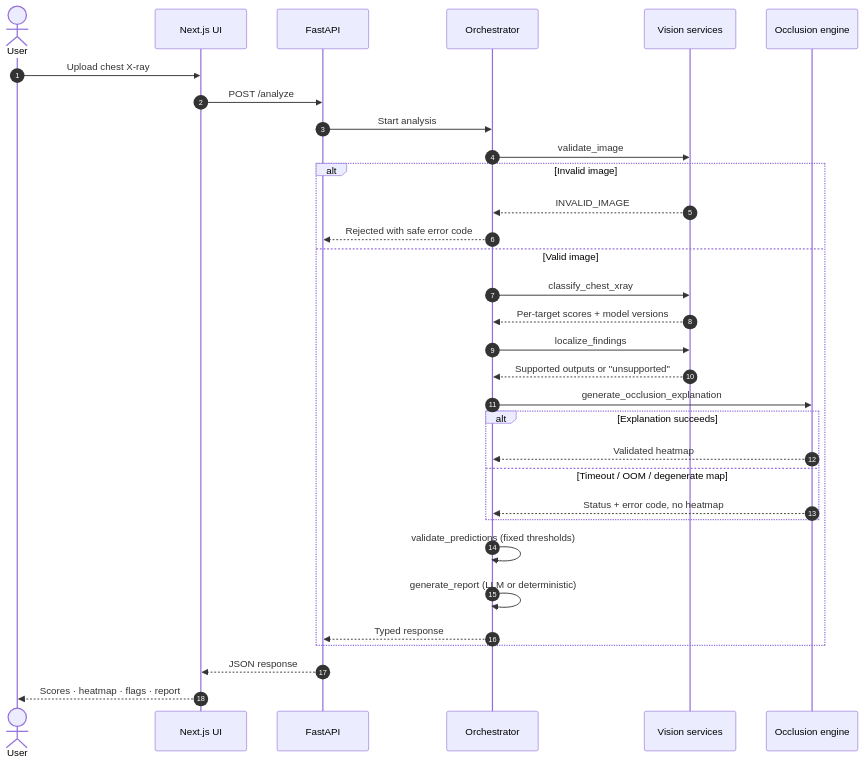
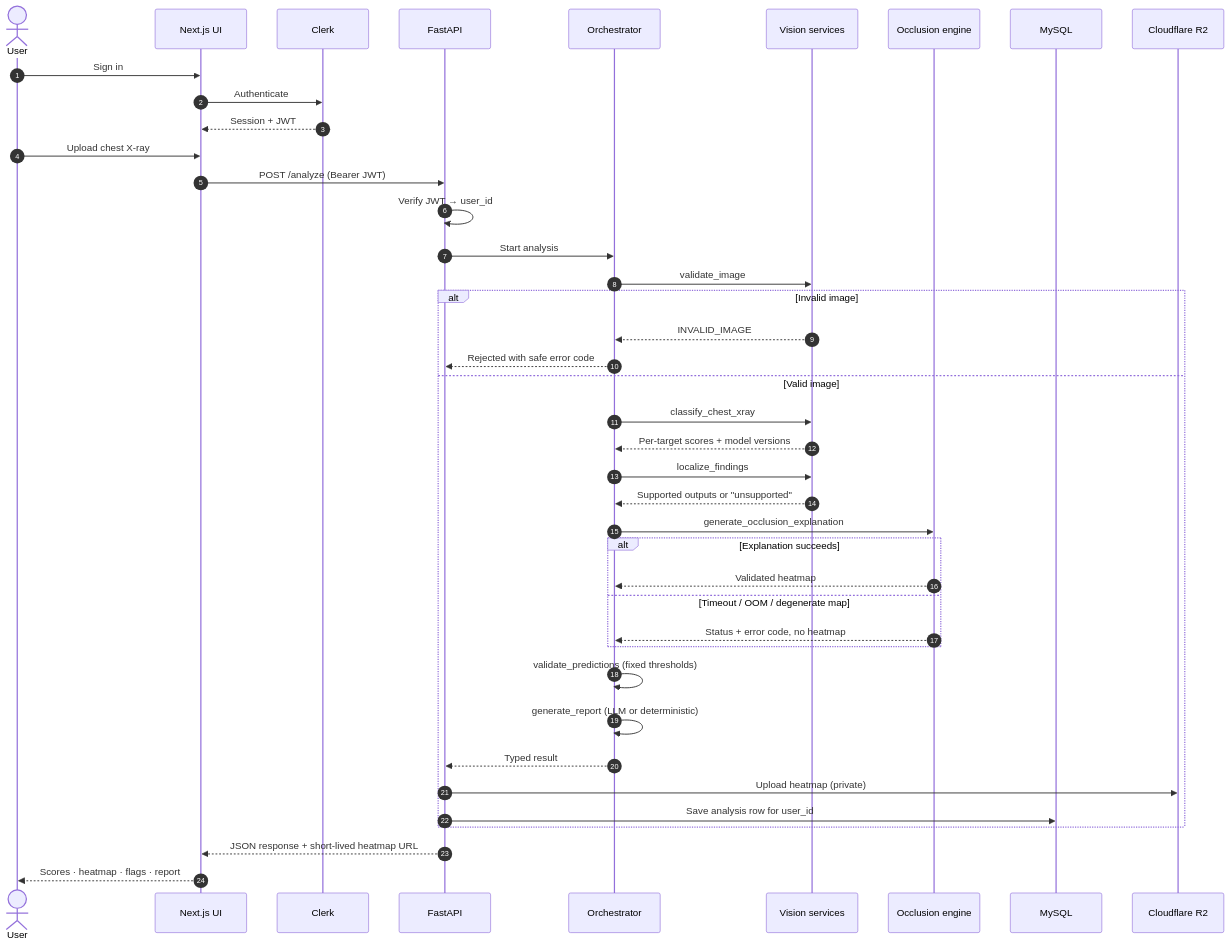
Before and after one commit to Fy1zN/pneumyst-ai: the second of 4 diagrams in README.md, drawn with Mermaid. The commit also changed other lines of this file, not shown here.

````diff
--- a/README.md
+++ b/README.md
@@ -126,35 +144,44 @@
 ```mermaid
 sequenceDiagram
     autonumber
     actor User
     participant UI as Next.js UI
+    participant Clerk
     participant API as FastAPI
     participant Agent as Orchestrator
     participant CV as Vision services
     participant XAI as Occlusion engine
+    participant DB as MySQL
+    participant R2 as Cloudflare R2
 
+    User->>UI: Sign in
+    UI->>Clerk: Authenticate
+    Clerk-->>UI: Session + JWT
     User->>UI: Upload chest X-ray
-    UI->>API: POST /analyze
+    UI->>API: POST /analyze (Bearer JWT)
+    API->>API: Verify JWT → user_id
     API->>Agent: Start analysis
     Agent->>CV: validate_image
     alt Invalid image
         CV-->>Agent: INVALID_IMAGE
         Agent-->>API: Rejected with safe error code
     else Valid image
         Agent->>CV: classify_chest_xray
         CV-->>Agent: Per-target scores + model versions
         Agent->>CV: localize_findings
         CV-->>Agent: Supported outputs or "unsupported"
         Agent->>XAI: generate_occlusion_explanation
         alt Explanation succeeds
             XAI-->>Agent: Validated heatmap
         else Timeout / OOM / degenerate map
             XAI-->>Agent: Status + error code, no heatmap
         end
         Agent->>Agent: validate_predictions (fixed thresholds)
         Agent->>Agent: generate_report (LLM or deterministic)
-        Agent-->>API: Typed response
+        Agent-->>API: Typed result
+        API->>R2: Upload heatmap (private)
+        API->>DB: Save analysis row for user_id
     end
-    API-->>UI: JSON response
+    API-->>UI: JSON response + short-lived heatmap URL
     UI-->>User: Scores · heatmap · flags · report
 ```
````
